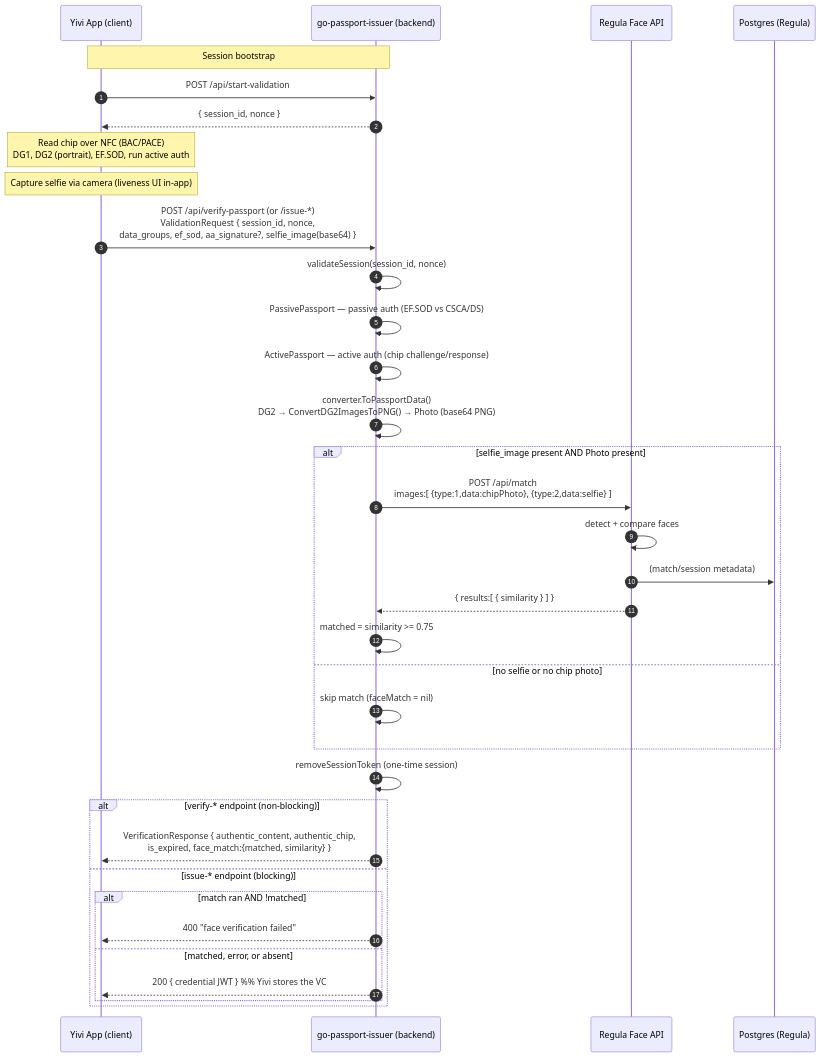
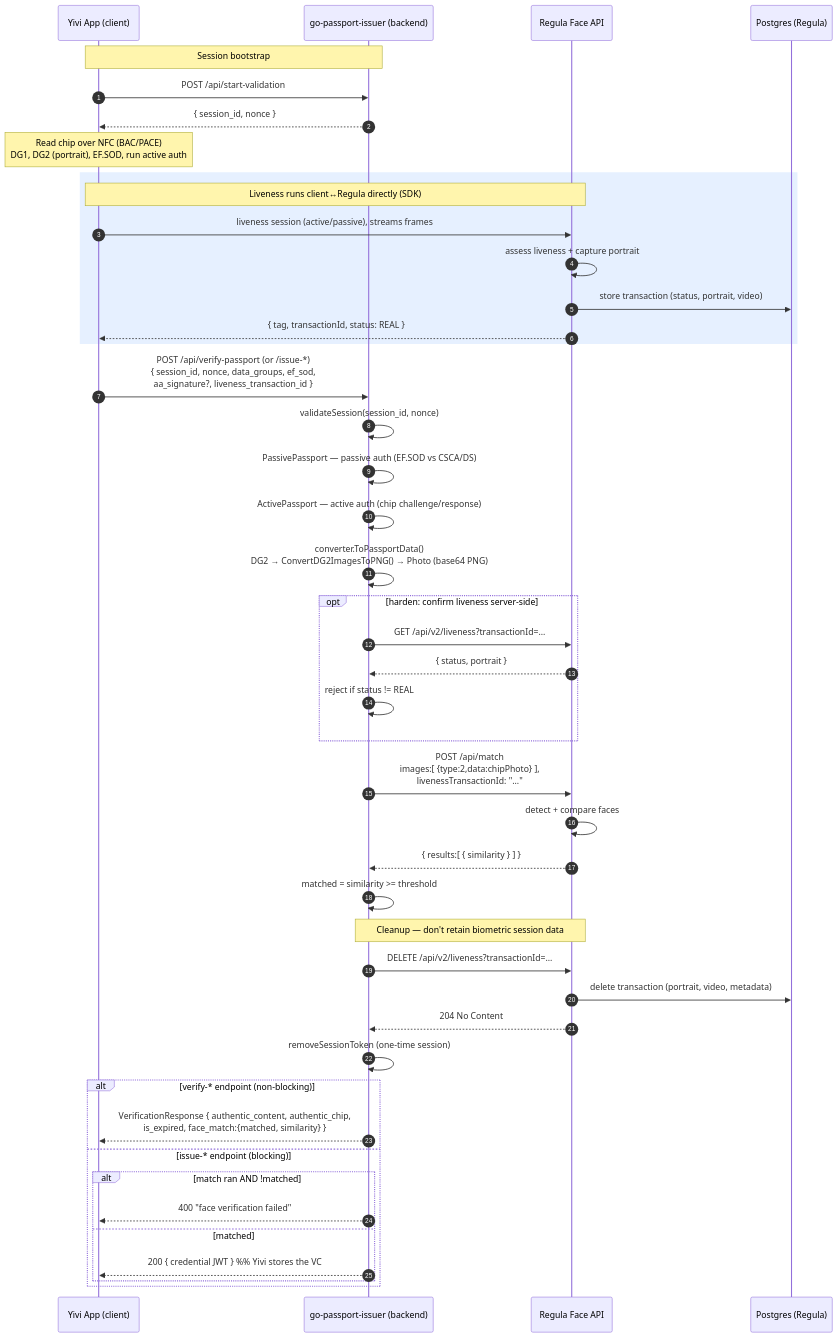
The first of 2 diagrams in docs/face-verification-design.md (privacybydesign/go-passport-issuer), drawn with Mermaid before and after one commit. The commit also changed other lines of this file, not shown here.

Commit message:
docs: add face verification liveness design

````diff
--- a/docs/face-verification-design.md
+++ b/docs/face-verification-design.md
@@ -76,44 +79,57 @@
 ```mermaid
 sequenceDiagram
     autonumber
     participant Y as Yivi App (client)
     participant B as go-passport-issuer (backend)
     participant R as Regula Face API
     participant DB as Postgres (Regula)
 
     Note over Y,B: Session bootstrap
     Y->>B: POST /api/start-validation
     B-->>Y: { session_id, nonce }
 
     Note over Y: Read chip over NFC (BAC/PACE)<br/>DG1, DG2 (portrait), EF.SOD, run active auth
-    Note over Y: Capture selfie via camera (liveness UI in-app)
 
-    Y->>B: POST /api/verify-passport (or /issue-*)<br/>ValidationRequest { session_id, nonce,<br/>data_groups, ef_sod, aa_signature?, selfie_image(base64) }
+    rect rgb(230,240,255)
+    Note over Y,R: Liveness runs client↔Regula directly (SDK)
+    Y->>R: liveness session (active/passive), streams frames
+    R->>R: assess liveness + capture portrait
+    R->>DB: store transaction (status, portrait, video)
+    R-->>Y: { tag, transactionId, status: REAL }
+    end
+
+    Y->>B: POST /api/verify-passport (or /issue-*)<br/>{ session_id, nonce, data_groups, ef_sod,<br/>aa_signature?, liveness_transaction_id }
 
     B->>B: validateSession(session_id, nonce)
     B->>B: PassivePassport — passive auth (EF.SOD vs CSCA/DS)
     B->>B: ActivePassport — active auth (chip challenge/response)
     B->>B: converter.ToPassportData()<br/>DG2 → ConvertDG2ImagesToPNG() → Photo (base64 PNG)
 
-    alt selfie_image present AND Photo present
-        B->>R: POST /api/match<br/>images:[ {type:1,data:chipPhoto}, {type:2,data:selfie} ]
-        R->>R: detect + compare faces
-        R->>DB: (match/session metadata)
-        R-->>B: { results:[ { similarity } ] }
-        B->>B: matched = similarity >= 0.75
-    else no selfie or no chip photo
-        B->>B: skip match (faceMatch = nil)
+    opt harden: confirm liveness server-side
+        B->>R: GET /api/v2/liveness?transactionId=...
+        R-->>B: { status, portrait }
+        B->>B: reject if status != REAL
     end
+
+    B->>R: POST /api/match<br/>images:[ {type:2,data:chipPhoto} ],<br/>livenessTransactionId: "..."
+    R->>R: detect + compare faces
+    R-->>B: { results:[ { similarity } ] }
+    B->>B: matched = similarity >= threshold
+
+    Note over B,R: Cleanup — don't retain biometric session data
+    B->>R: DELETE /api/v2/liveness?transactionId=...
+    R->>DB: delete transaction (portrait, video, metadata)
+    R-->>B: 204 No Content
 
     B->>B: removeSessionToken (one-time session)
 
     alt verify-* endpoint (non-blocking)
         B-->>Y: VerificationResponse { authentic_content, authentic_chip,<br/>is_expired, face_match:{matched, similarity} }
     else issue-* endpoint (blocking)
         alt match ran AND !matched
             B-->>Y: 400 "face verification failed"
-        else matched, error, or absent
+        else matched
             B-->>Y: 200 { credential JWT }  %% Yivi stores the VC
         end
     end
 ```
````
